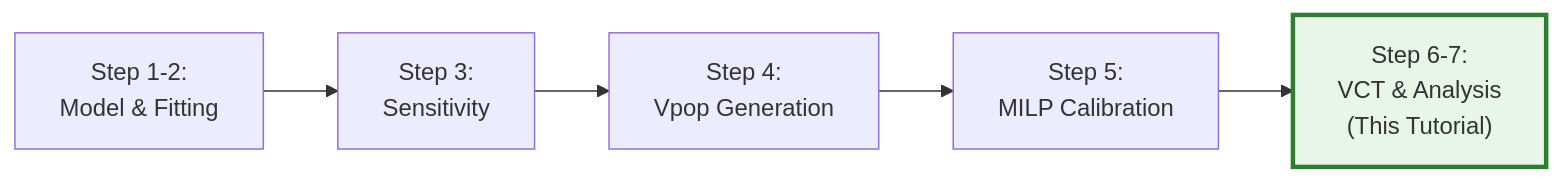
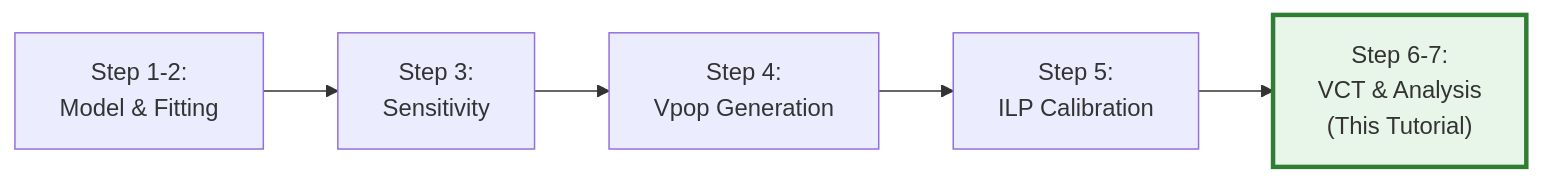
Before and after one commit to PumasAI-Labs/PumasInSilicoClinicalTrials: the diagram in tutorials/tb_06_vct_simulation_tutorial.qmd, drawn with Mermaid. The commit also changed other lines of this file and 11 other files, not shown here.

````diff
--- a/tutorials/tb_06_vct_simulation_tutorial.qmd
+++ b/tutorials/tb_06_vct_simulation_tutorial.qmd
@@ -1097,10 +839,10 @@
 ```{mermaid}
 %%| echo: false
 flowchart LR
     A["Step 1-2:<br/>Model & Fitting"] --> B["Step 3:<br/>Sensitivity"]
     B --> C["Step 4:<br/>Vpop Generation"]
-    C --> D["Step 5:<br/>MILP Calibration"]
+    C --> D["Step 5:<br/>ILP Calibration"]
     D --> E["Step 6-7:<br/>VCT & Analysis<br/>(This Tutorial)"]
 
     style E fill:#e8f5e9,stroke:#2e7d32,stroke-width:3px
 ```
````
